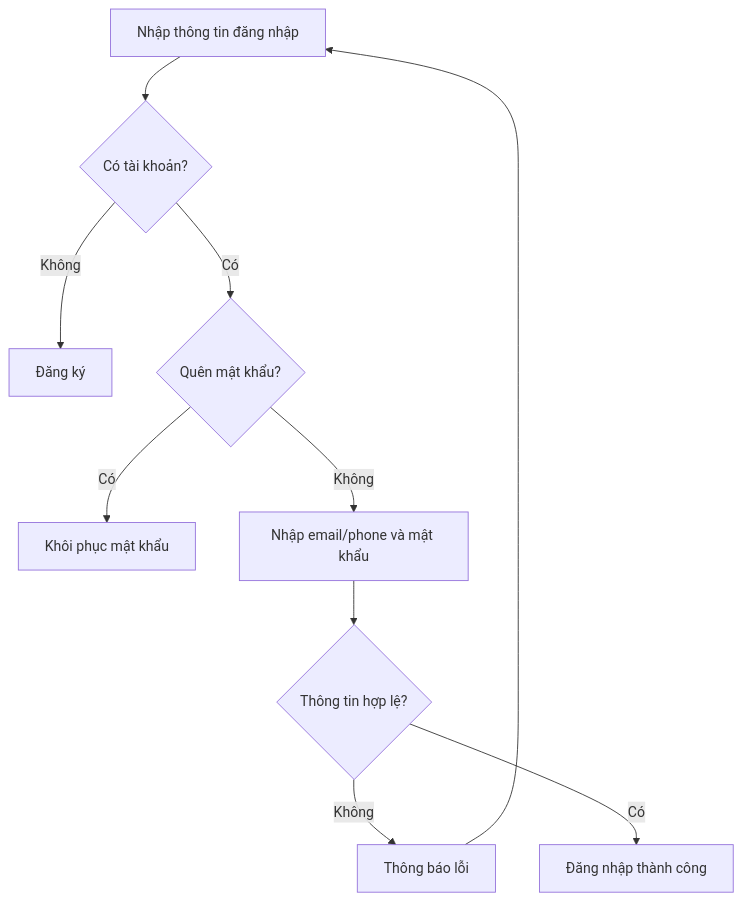
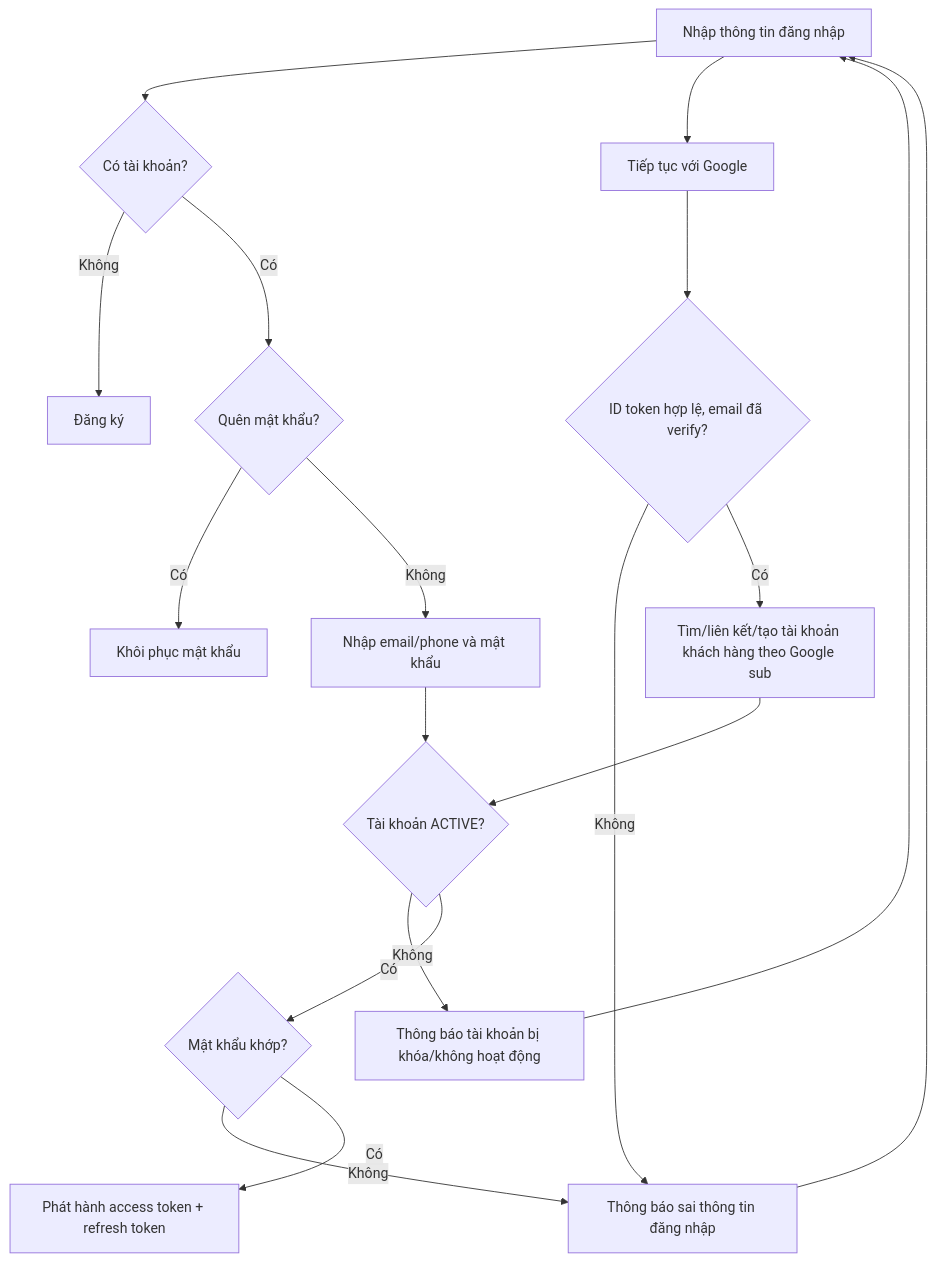
One commit to pc-shopping-assistant-org/docs changed the diagram in 01-business/workflows/login-flow.md. Above: the diagram before and after it, drawn with Mermaid. The commit also changed other lines of this file and 76 other files, not shown here.

````diff
--- a/01-business/workflows/login-flow.md
+++ b/01-business/workflows/login-flow.md
@@ -5,12 +5,20 @@
 ```mermaid
 flowchart TD
     A[Nhập thông tin đăng nhập] --> B{Có tài khoản?}
     B -- Không --> C[Đăng ký]
     B -- Có --> D{Quên mật khẩu?}
     D -- Có --> E[Khôi phục mật khẩu]
     D -- Không --> F[Nhập email/phone và mật khẩu]
-    F --> G{Thông tin hợp lệ?}
-    G -- Không --> H[Thông báo lỗi]
+    F --> G{Tài khoản ACTIVE?}
+    G -- Không --> H[Thông báo tài khoản bị khóa/không hoạt động]
     H --> A
-    G -- Có --> I[Đăng nhập thành công]
+    G -- Có --> J{Mật khẩu khớp?}
+    J -- Không --> K[Thông báo sai thông tin đăng nhập]
+    K --> A
+    J -- Có --> I[Phát hành access token + refresh token]
+    A --> L[Tiếp tục với Google]
+    L --> M{ID token hợp lệ, email đã verify?}
+    M -- Không --> K
+    M -- Có --> N[Tìm/liên kết/tạo tài khoản khách hàng theo Google sub]
+    N --> G
 ```
````
